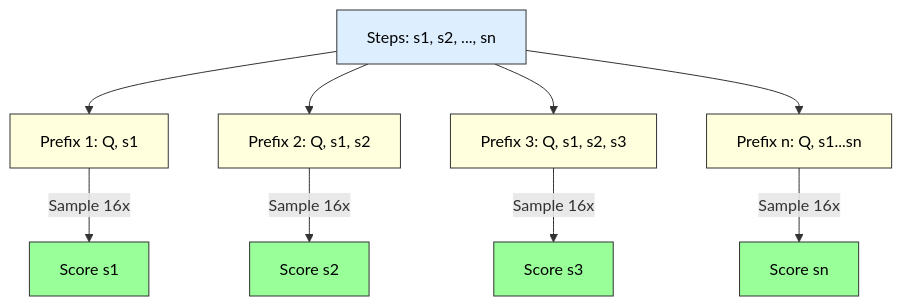
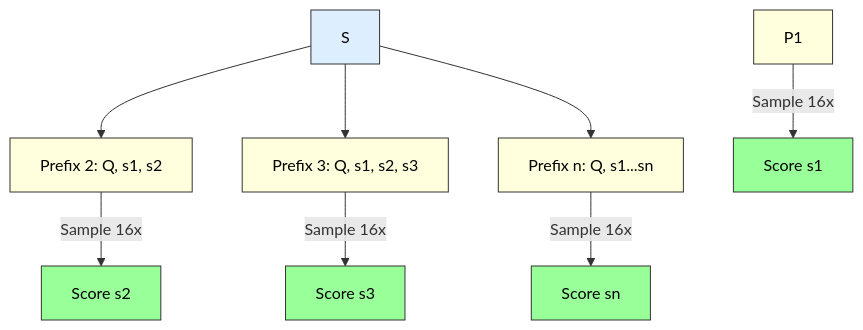
Before and after one commit to theogbrand/multimodal-reasoning-PRM-finetuning: the third of 6 diagrams in slides.md, drawn with Mermaid. The commit also changed other lines of this file, not shown here.

````diff
--- a/slides.md
+++ b/slides.md
@@ -497,22 +521,21 @@
 ```mermaid
 graph TB
-    S[Steps: s1, s2, ..., sn] --> P1[Prefix 1: Q, s1]
     S --> P2[Prefix 2: Q, s1, s2]
     S --> P3[Prefix 3: Q, s1, s2, s3]
     S --> PN[Prefix n: Q, s1...sn]
     
     P1 --> |Sample 16x| SC1[Score s1]
     P2 --> |Sample 16x| SC2[Score s2]
     P3 --> |Sample 16x| SC3[Score s3]
     PN --> |Sample 16x| SCN[Score sn]
     
     style S fill:#def,stroke:#333,color:black
     style P1 fill:#ffd,stroke:#333,color:black
     style P2 fill:#ffd,stroke:#333,color:black
     style P3 fill:#ffd,stroke:#333,color:black
     style PN fill:#ffd,stroke:#333,color:black
     style SC1 fill:#9f9,stroke:#333,color:black
     style SC2 fill:#9f9,stroke:#333,color:black
     style SC3 fill:#9f9,stroke:#333,color:black
     style SCN fill:#9f9,stroke:#333,color:black
 ```
````
